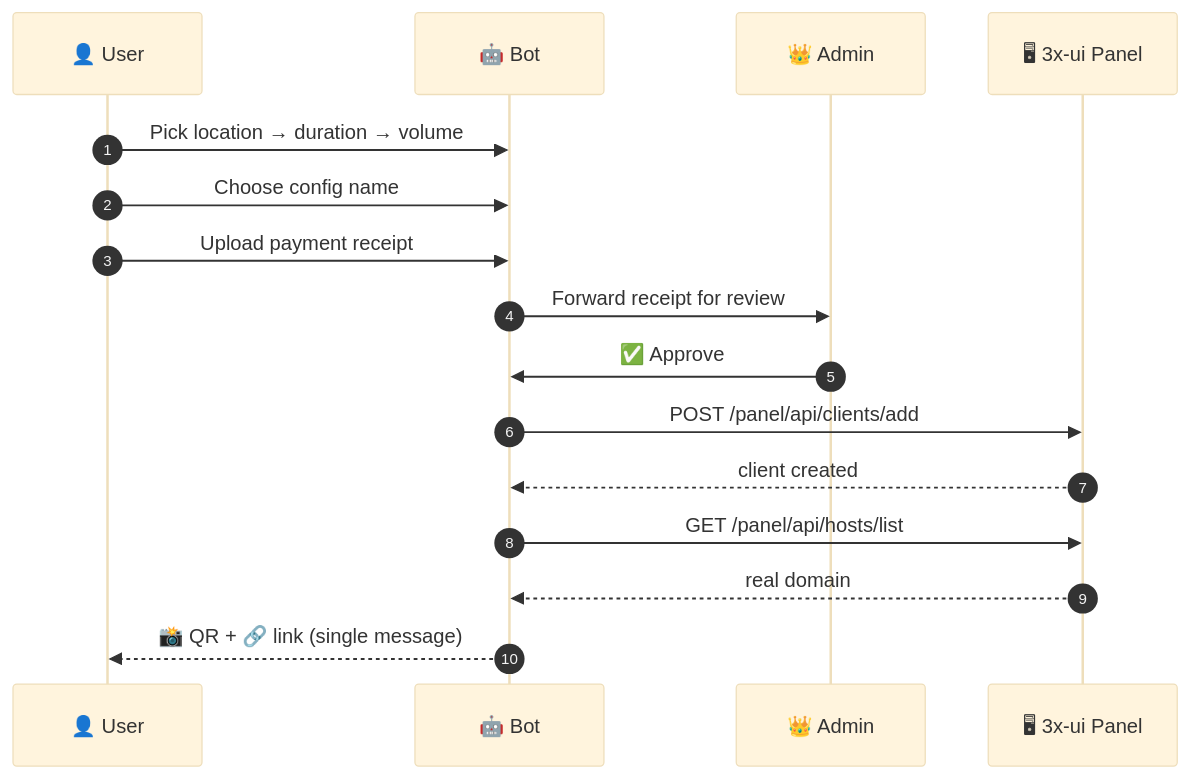
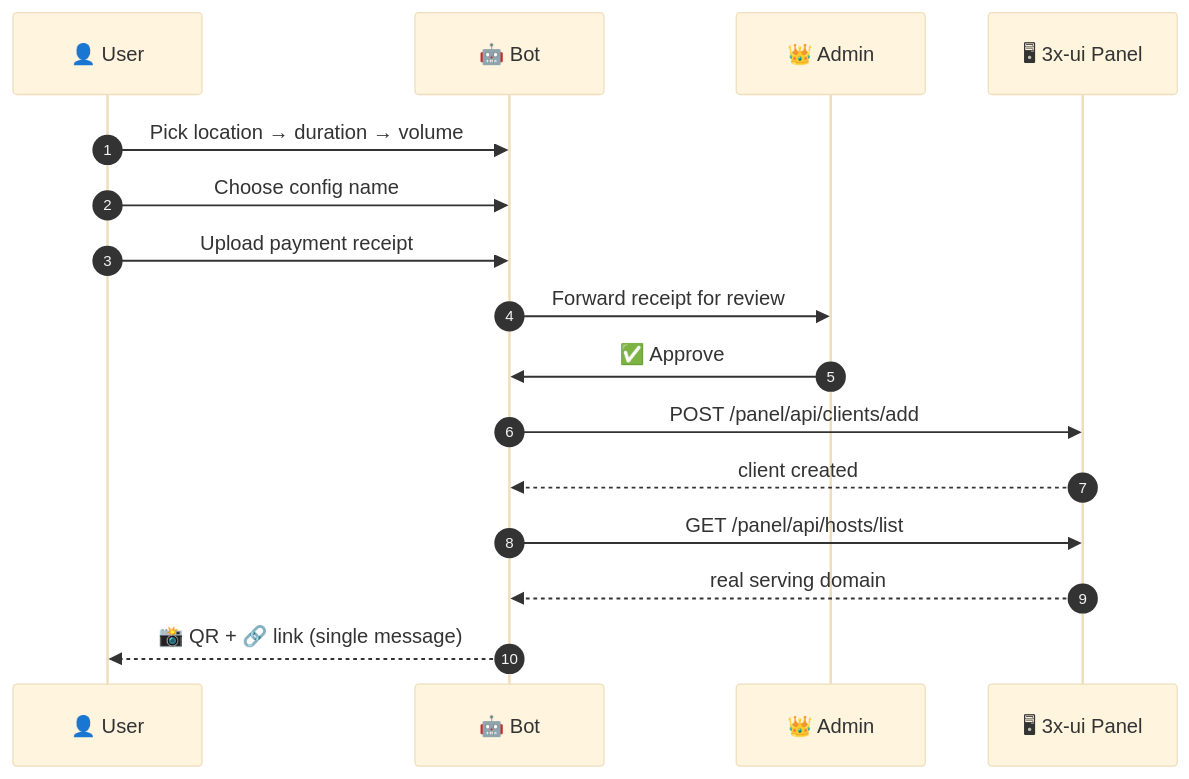
One commit to mhndev3/velavpn-bot changed the second of 2 diagrams in README.md. Above: the diagram before and after it, drawn with Mermaid (base theme). The commit also changed other lines of this file and 2 other files, not shown here.

Commit message:
docs: add professional README, LICENSE and .env.example; chore: scrub customer domain from sample text

````diff
--- a/README.md
+++ b/README.md
@@ -75,19 +81,19 @@
 ```mermaid
 sequenceDiagram
     autonumber
     participant U as 👤 User
     participant B as 🤖 Bot
     participant A as 👑 Admin
     participant X as 🖥 3x-ui Panel
 
     U->>B: Pick location → duration → volume
     U->>B: Choose config name
     U->>B: Upload payment receipt
     B->>A: Forward receipt for review
     A->>B: ✅ Approve
     B->>X: POST /panel/api/clients/add
     X-->>B: client created
     B->>X: GET /panel/api/hosts/list
-    X-->>B: real domain
+    X-->>B: real serving domain
     B-->>U: 📸 QR + 🔗 link (single message)
 ```
````
